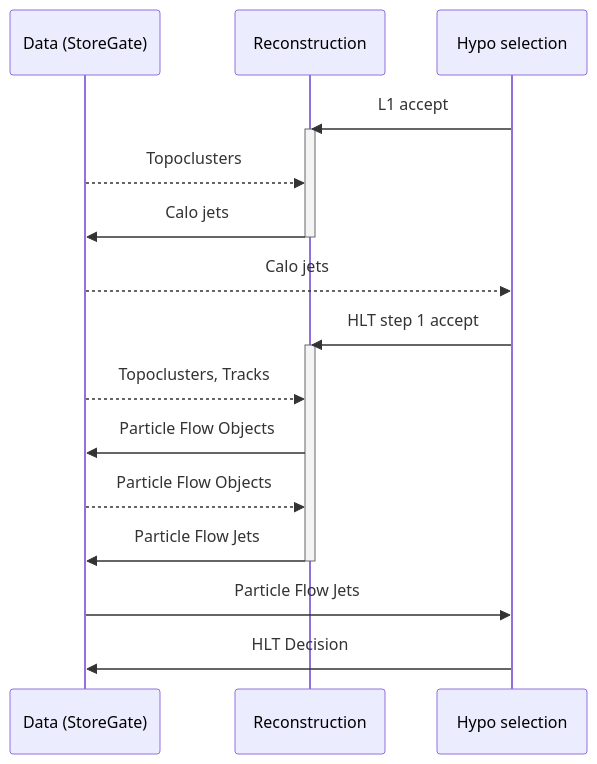
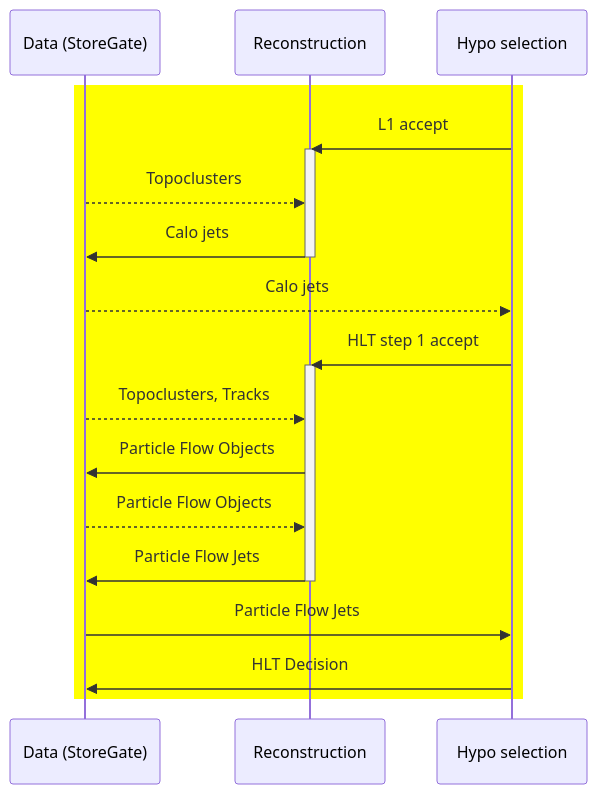
Before and after one commit to rolandjansky/athena: the second of 4 diagrams in Trigger/TriggerCommon/TriggerMenuMT/python/HLTMenuConfig/Jet/README.md, drawn with Mermaid. The commit also changed other lines of this file, not shown here.

Commit message:
Detailed formatting of flowcharts

````diff
--- a/Trigger/TriggerCommon/TriggerMenuMT/python/HLTMenuConfig/Jet/README.md
+++ b/Trigger/TriggerCommon/TriggerMenuMT/python/HLTMenuConfig/Jet/README.md
@@ -26,21 +28,23 @@
 ```mermaid
 sequenceDiagram
   participant SG as Data (StoreGate)
   participant Reco as Reconstruction
   participant Hypo as Hypo selection
+  rect rgb(255, 255, 0);
   Hypo ->> Reco: L1 accept
   activate Reco
   SG -->> Reco: Topoclusters
   Reco ->> SG: Calo jets
   deactivate Reco
   SG -->> Hypo: Calo jets
   Hypo ->> Reco: HLT step 1 accept
   activate Reco
   SG -->> Reco: Topoclusters, Tracks
   Reco ->> SG: Particle Flow Objects
   SG -->> Reco: Particle Flow Objects
   Reco ->> SG: Particle Flow Jets
   deactivate Reco
   SG ->> Hypo: Particle Flow Jets
   Hypo ->> SG: HLT Decision
+  end
 ```
````
